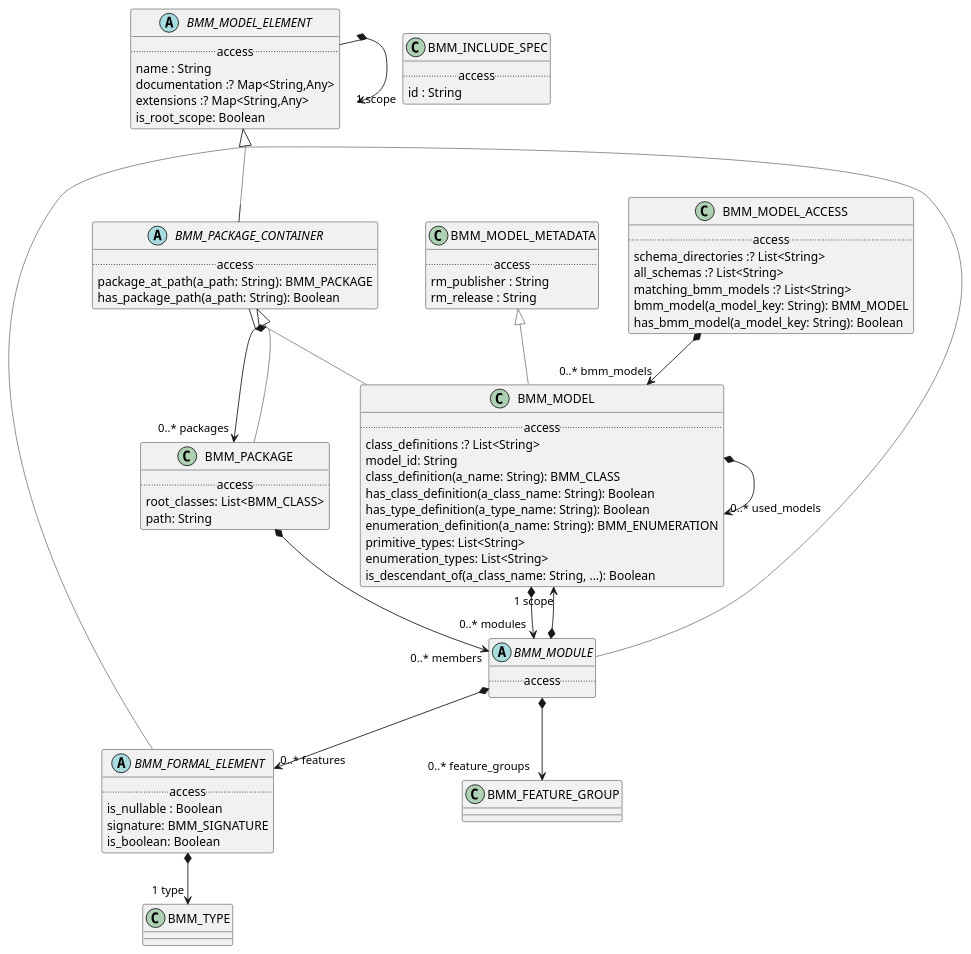
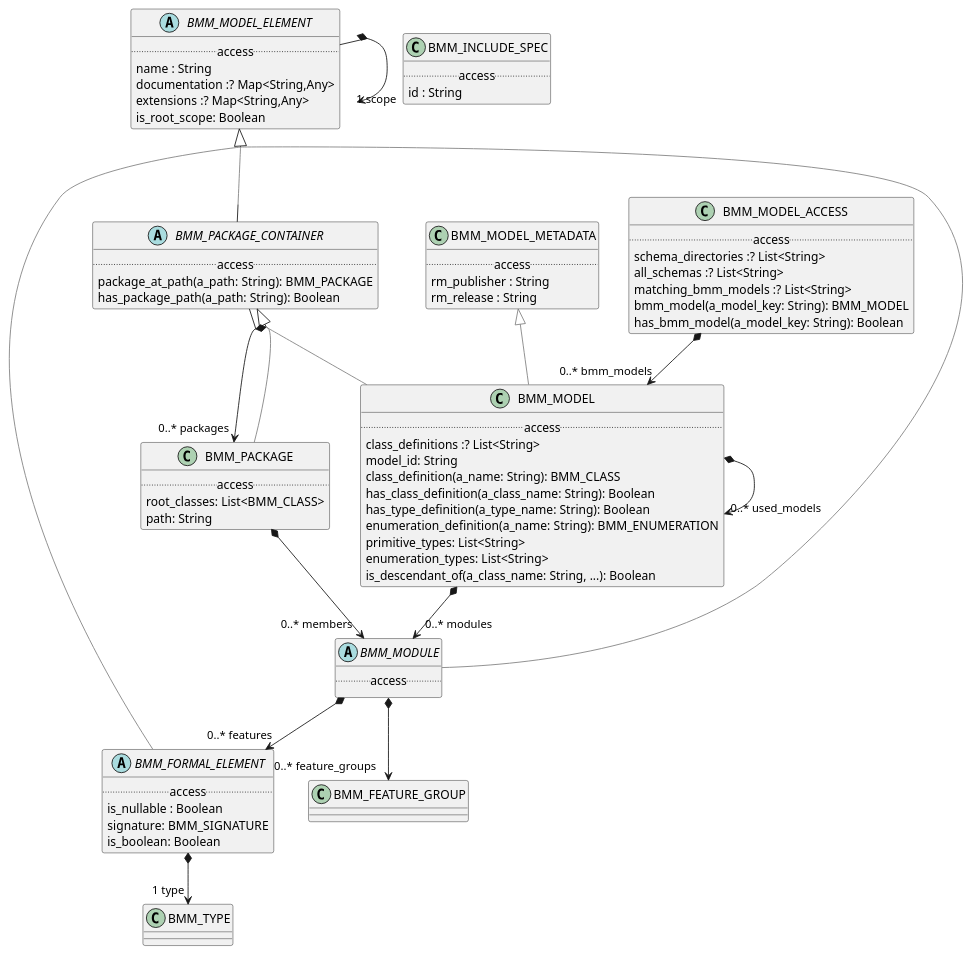
The diagram in modules/ROOT/examples/bmm/languages/bmm/bmm_model/model/model-package-uml.adoc (wolandscat/openehr-doc), drawn with PlantUML before and after one commit. The commit also changed 541 other files, not shown here.

Commit message:
Regen with override markers, and override relations removed from UML.

```diff
--- a/modules/ROOT/examples/bmm/languages/bmm/bmm_model/model/model-package-uml.adoc
+++ b/modules/ROOT/examples/bmm/languages/bmm/bmm_model/model/model-package-uml.adoc
@@ -19,10 +19,10 @@
         is_descendant_of(a_class_name: String, ...): Boolean
 }
 
-BMM_MODEL -[#gray]up-|> BMM_PACKAGE_CONTAINER  
+BMM_MODEL -[#gray]up-|> BMM_PACKAGE_CONTAINER
 
 
-BMM_MODEL -[#gray]up-|> BMM_MODEL_METADATA  
+BMM_MODEL -[#gray]up-|> BMM_MODEL_METADATA
 
 
 BMM_MODEL *--> "0..* used_models" BMM_MODEL
@@ -56,7 +56,7 @@
         has_package_path(a_path: String): Boolean
 }
 
-BMM_PACKAGE_CONTAINER -[#gray]up-|> BMM_MODEL_ELEMENT  
+BMM_PACKAGE_CONTAINER -[#gray]up-|> BMM_MODEL_ELEMENT
 
 
 BMM_PACKAGE_CONTAINER *--> "0..* packages" BMM_PACKAGE
@@ -68,7 +68,7 @@
         is_boolean: Boolean
 }
 
-BMM_FORMAL_ELEMENT -[#gray]up-|> BMM_MODEL_ELEMENT  
+BMM_FORMAL_ELEMENT -[#gray]up-|> BMM_MODEL_ELEMENT
 
 
 BMM_FORMAL_ELEMENT *--> "1 type" BMM_TYPE
@@ -79,7 +79,7 @@
         path: String
 }
 
-BMM_PACKAGE -[#gray]up-|> BMM_PACKAGE_CONTAINER  
+BMM_PACKAGE -[#gray]up-|> BMM_PACKAGE_CONTAINER
 
 
 BMM_PACKAGE *--> "0..* members" BMM_MODULE
@@ -99,10 +99,8 @@
         .. access ..
 }
 
-BMM_MODULE -[#gray]up-|> BMM_MODEL_ELEMENT  
+BMM_MODULE -[#gray]up-|> BMM_MODEL_ELEMENT
 
-
-BMM_MODULE *--> "1 scope" BMM_MODEL
 
 BMM_MODULE *--> "0..* feature_groups" BMM_FEATURE_GROUP
 
```
